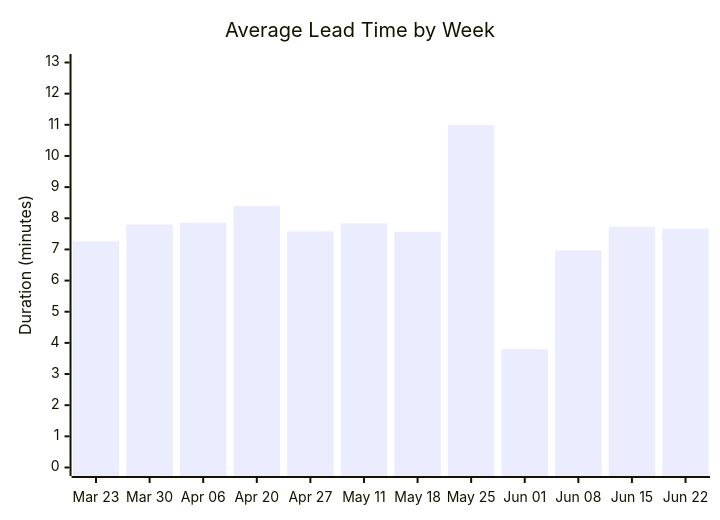
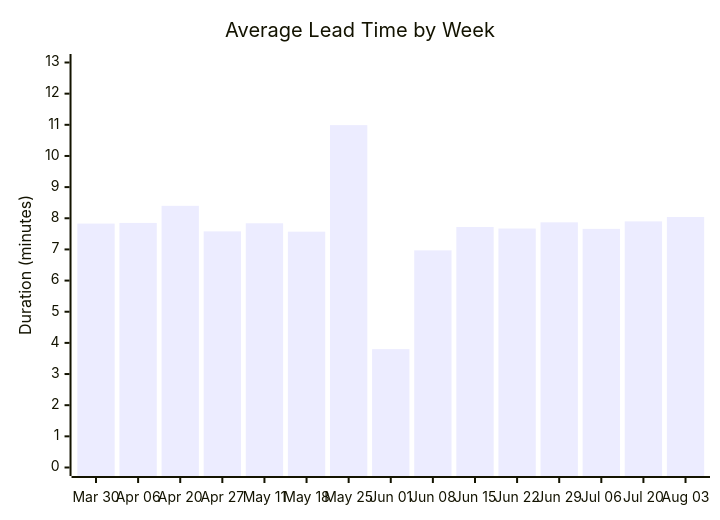
One commit to ukma-cs-ssdm-2025/rate-ukma changed the second of 4 diagrams in docs/ci-cd/dora-summary.md. Above: the diagram before and after it, drawn with Mermaid. The commit also changed other lines of this file, not shown here.

````diff
--- a/docs/ci-cd/dora-summary.md
+++ b/docs/ci-cd/dora-summary.md
@@ -30,7 +29,7 @@
 ```mermaid
 xychart-beta
     title "Average Lead Time by Week"
-    x-axis ["Mar 23", "Mar 30", "Apr 06", "Apr 20", "Apr 27", "May 11", "May 18", "May 25", "Jun 01", "Jun 08", "Jun 15", "Jun 22"]
+    x-axis ["Mar 30", "Apr 06", "Apr 20", "Apr 27", "May 11", "May 18", "May 25", "Jun 01", "Jun 08", "Jun 15", "Jun 22", "Jun 29", "Jul 06", "Jul 20", "Aug 03"]
     y-axis "Duration (minutes)" 0 --> 13
-    bar [7.26, 7.80, 7.85, 8.40, 7.58, 7.84, 7.57, 10.99, 3.80, 6.97, 7.72, 7.67]
+    bar [7.83, 7.85, 8.40, 7.58, 7.84, 7.57, 10.99, 3.80, 6.97, 7.72, 7.67, 7.87, 7.66, 7.90, 8.04]
 ```
````
